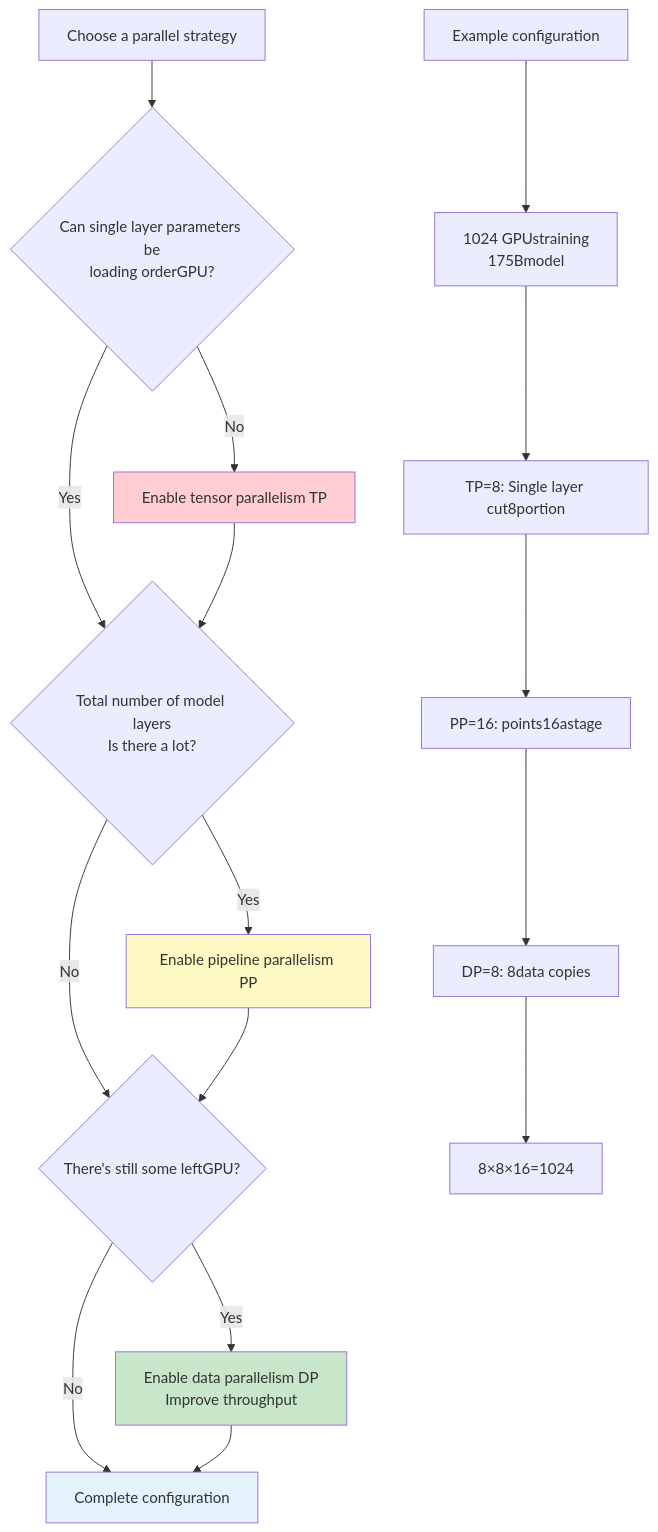
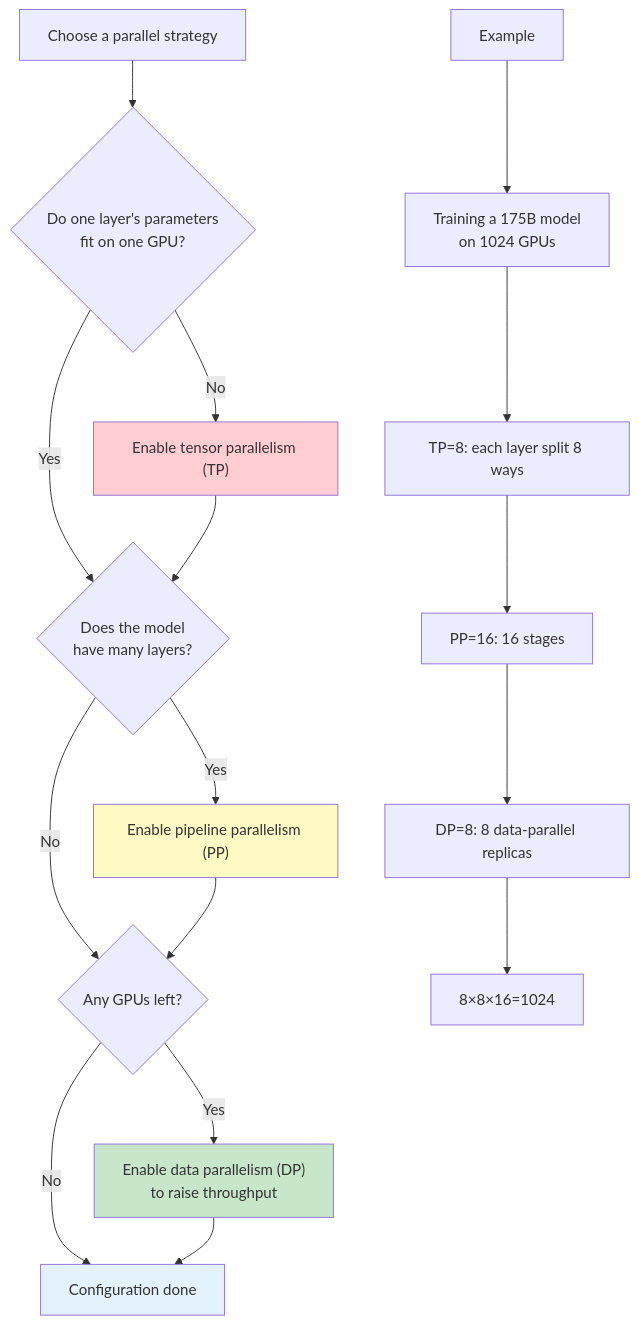
One commit to TingdeLiu/tingdeliu.github.io changed diagram 15 of 29 in _translations/en/research/LLM-Training-Survey.md. Above: the diagram before and after it, drawn with Mermaid. The commit also changed other lines of this file and 2 other files, not shown here.

First line of the commit message:
docs(llm-survey): polish English edition and add evolution timeline

````diff
--- a/_translations/en/research/LLM-Training-Survey.md
+++ b/_translations/en/research/LLM-Training-Survey.md
@@ -2730,24 +2748,24 @@
 ```mermaid
 graph TD
-    A["Choose a parallel strategy"] --> B{Can single layer parameters be<br/>loading orderGPU?}
-    B -->|No| C["Enable tensor parallelism TP"]
-    B -->|Yes| D{Total number of model layers<br/>Is there a lot?}
+    A["Choose a parallel strategy"] --> B{Do one layer's parameters<br/>fit on one GPU?}
+    B -->|No| C["Enable tensor parallelism (TP)"]
+    B -->|Yes| D{Does the model<br/>have many layers?}
     C --> D
-    D -->|Yes| E["Enable pipeline parallelism PP"]
-    D -->|No| F{There's still some leftGPU?}
+    D -->|Yes| E["Enable pipeline parallelism (PP)"]
+    D -->|No| F{Any GPUs left?}
     E --> F
-    F -->|Yes| G["Enable data parallelism DP<br/>Improve throughput"]
-    F -->|No| H["Complete configuration"]
+    F -->|Yes| G["Enable data parallelism (DP)<br/>to raise throughput"]
+    F -->|No| H["Configuration done"]
     G --> H
 
-    I["Example configuration"] --> J["1024 GPUstraining<br/>175Bmodel"]
-    J --> K["TP=8: Single layer cut8portion"]
-    K --> L["PP=16: points16astage"]
-    L --> M["DP=8: 8data copies"]
+    I["Example"] --> J["Training a 175B model<br/>on 1024 GPUs"]
+    J --> K["TP=8: each layer split 8 ways"]
+    K --> L["PP=16: 16 stages"]
+    L --> M["DP=8: 8 data-parallel replicas"]
     M --> N["8×8×16=1024"]
 
     style C fill:#ffcdd2
     style E fill:#fff9c4
     style G fill:#c8e6c9
     style H fill:#e3f2fd
 ```
````
